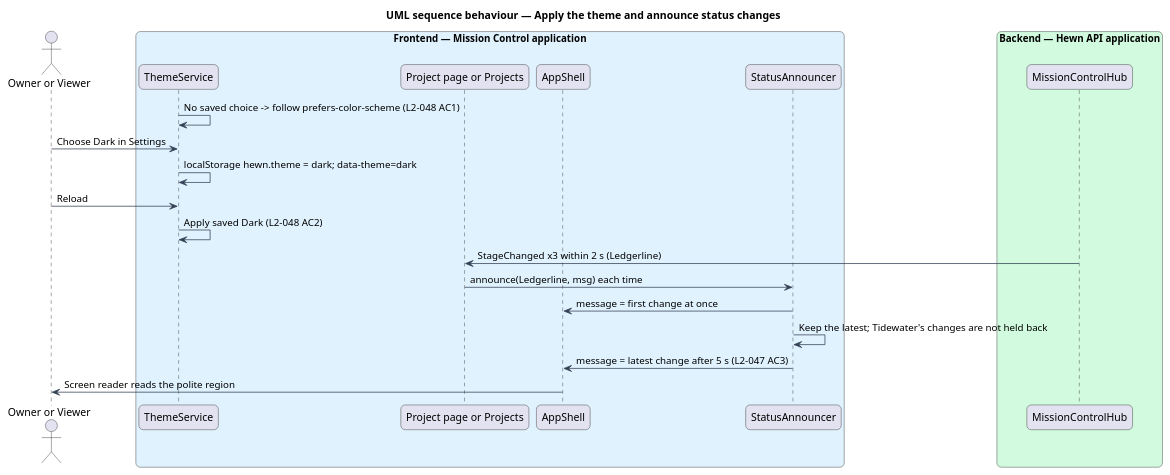
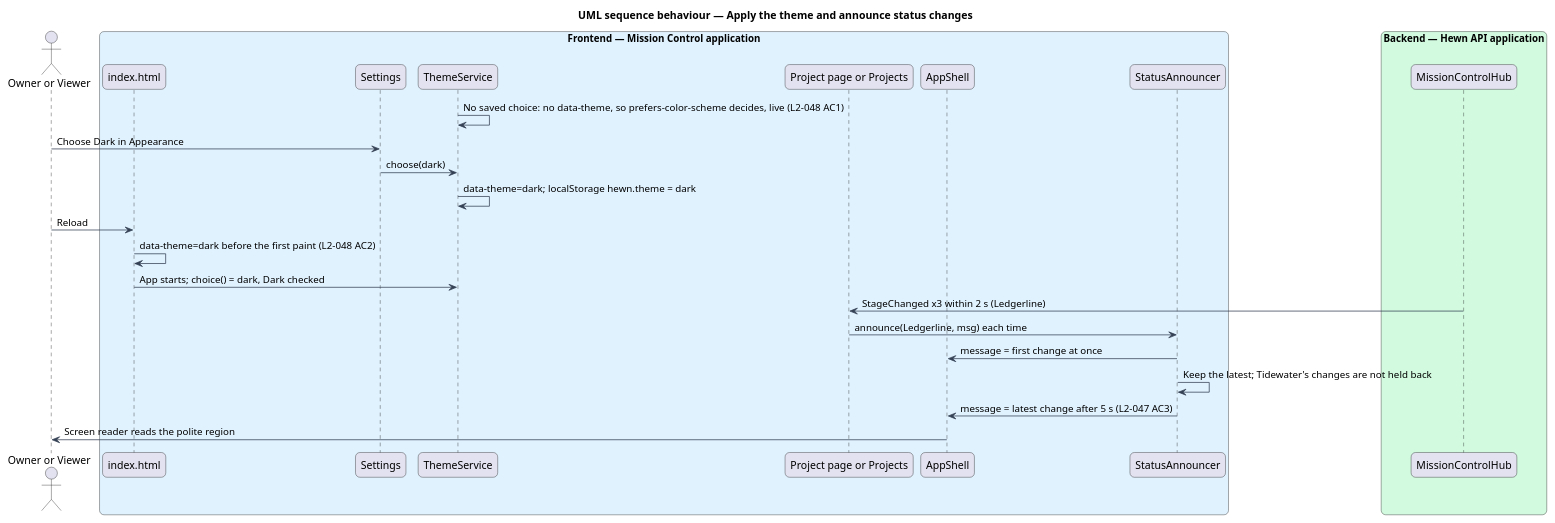
Before and after one commit to QuinntyneBrown/hewn: the diagram in docs/detailed-designs/mission-control/responsive-accessible-ui/diagrams/sequence-theme-and-announce.puml, drawn with PlantUML. The commit also changed 40 other files, not shown here.

First line of the commit message:
Choose a theme (journey 35, L2-048) (#43)

```diff
--- a/docs/detailed-designs/mission-control/responsive-accessible-ui/diagrams/sequence-theme-and-announce.puml
+++ b/docs/detailed-designs/mission-control/responsive-accessible-ui/diagrams/sequence-theme-and-announce.puml
@@ -1,39 +1,43 @@
 @startuml
 title UML sequence behaviour — Apply the theme and announce status changes
 skinparam backgroundColor #FFFFFF
 skinparam shadowing false
 skinparam roundcorner 12
 skinparam defaultFontName Arial
 skinparam ArrowColor #344054
 skinparam rectangle {
   BorderColor #344054
   FontColor #101828
 }
 skinparam package {
   BorderColor #667085
   FontColor #101828
   BackgroundColor #F9FAFB
 }
 skinparam sequenceMessageAlign left
 actor "Owner or Viewer" as user
 box "Frontend — Mission Control application" #E0F2FE
+  participant "index.html" as boot
+  participant "Settings" as settings
   participant "ThemeService" as theme
   participant "Project page or Projects" as live
   participant "AppShell" as shell
   participant "StatusAnnouncer" as ann
 end box
 box "Backend — Hewn API application" #D1FADF
   participant "MissionControlHub" as hub
 end box
-theme -> theme : No saved choice -> follow prefers-color-scheme (L2-048 AC1)
-user -> theme : Choose Dark in Settings
-theme -> theme : localStorage hewn.theme = dark; data-theme=dark
-user -> theme : Reload
-theme -> theme : Apply saved Dark (L2-048 AC2)
+theme -> theme : No saved choice: no data-theme, so prefers-color-scheme decides, live (L2-048 AC1)
+user -> settings : Choose Dark in Appearance
+settings -> theme : choose(dark)
+theme -> theme : data-theme=dark; localStorage hewn.theme = dark
+user -> boot : Reload
+boot -> boot : data-theme=dark before the first paint (L2-048 AC2)
+boot -> theme : App starts; choice() = dark, Dark checked
 hub -> live : StageChanged x3 within 2 s (Ledgerline)
 live -> ann : announce(Ledgerline, msg) each time
 ann -> shell : message = first change at once
 ann -> ann : Keep the latest; Tidewater's changes are not held back
 ann -> shell : message = latest change after 5 s (L2-047 AC3)
 shell -> user : Screen reader reads the polite region
 @enduml
```
